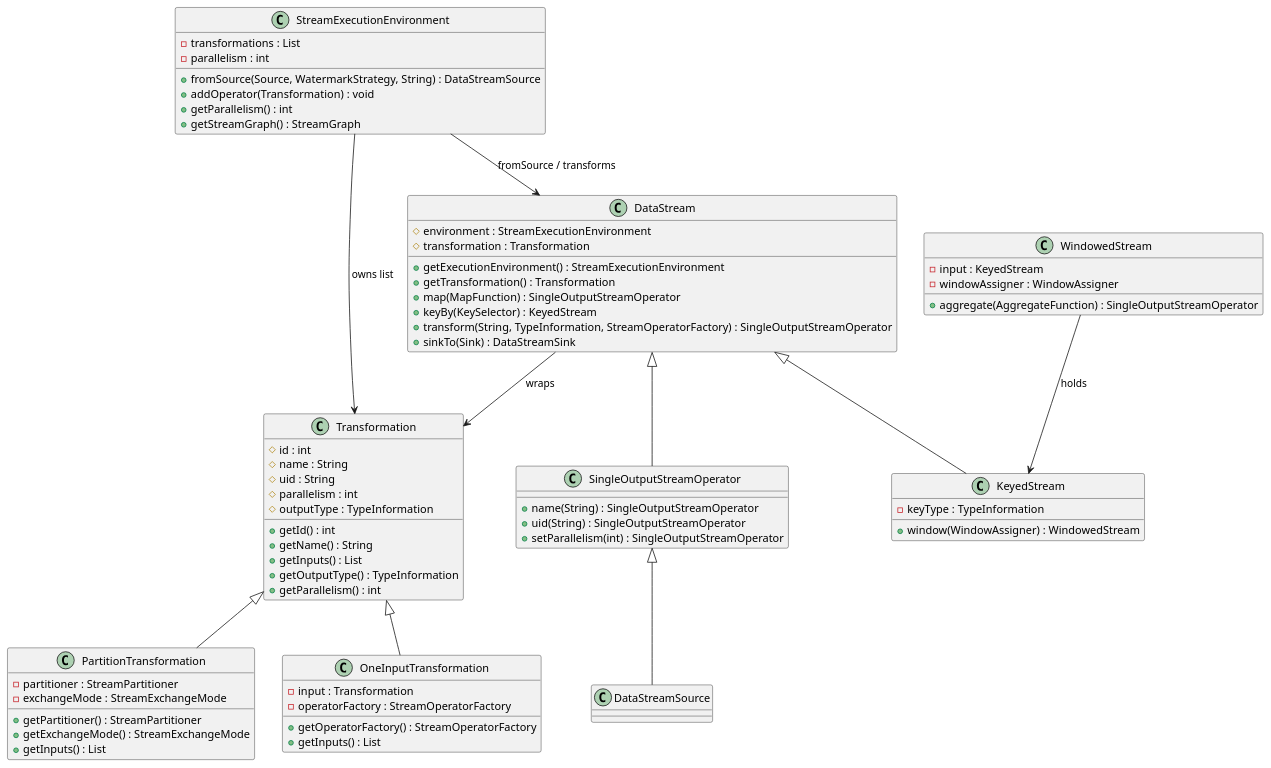
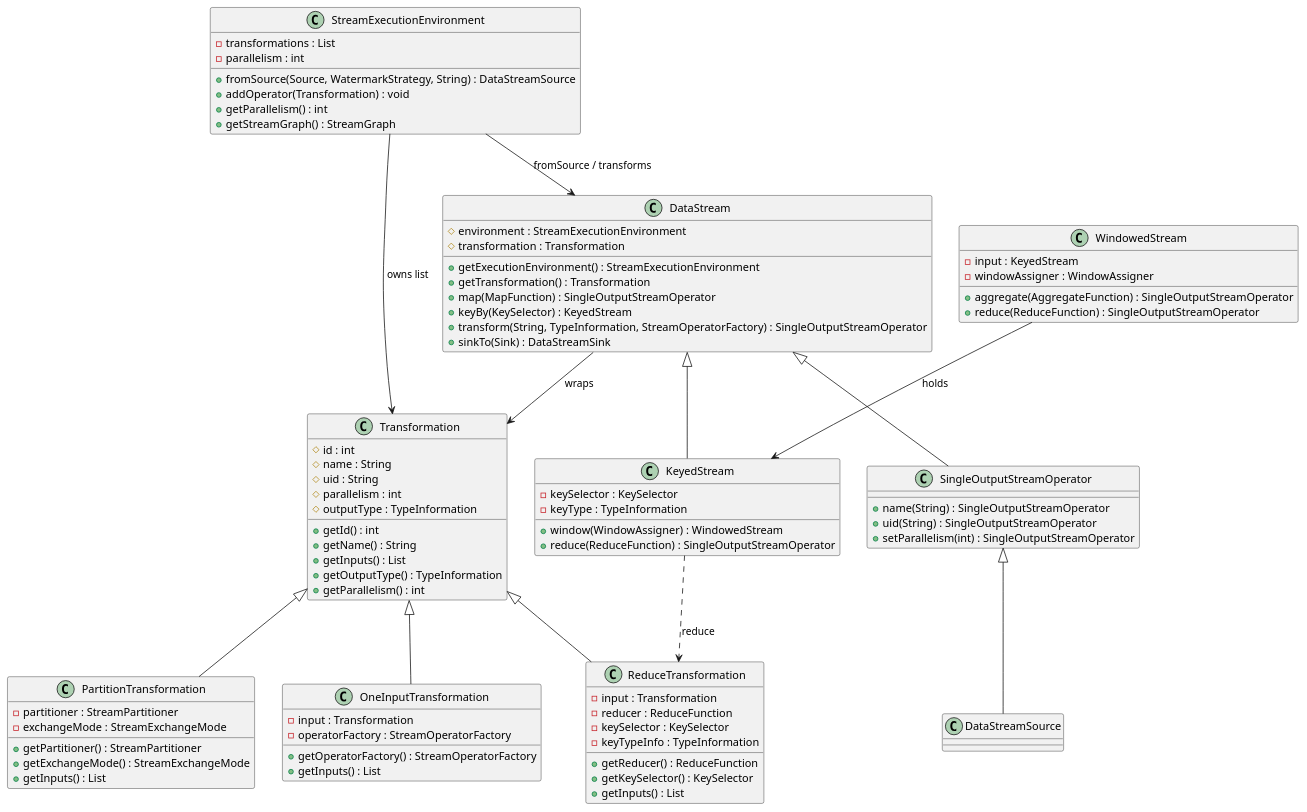
The first of 6 diagrams in content/post/data/stream/flink/index.md (kevinwang930/kevinwang930.github.io), drawn with PlantUML before and after one commit. The commit also changed other lines of this file, not shown here.

````diff
--- a/content/post/data/stream/flink/index.md
+++ b/content/post/data/stream/flink/index.md
@@ -130,14 +130,17 @@
 class DataStreamSource
 
 class KeyedStream {
+  - keySelector : KeySelector
   - keyType : TypeInformation
   + window(WindowAssigner) : WindowedStream
+  + reduce(ReduceFunction) : SingleOutputStreamOperator
 }
 
 class WindowedStream {
   - input : KeyedStream
   - windowAssigner : WindowAssigner
   + aggregate(AggregateFunction) : SingleOutputStreamOperator
+  + reduce(ReduceFunction) : SingleOutputStreamOperator
 }
 
 class Transformation {
@@ -168,6 +171,16 @@
   + getInputs() : List
 }
 
+class ReduceTransformation {
+  - input : Transformation
+  - reducer : ReduceFunction
+  - keySelector : KeySelector
+  - keyTypeInfo : TypeInformation
+  + getReducer() : ReduceFunction
+  + getKeySelector() : KeySelector
+  + getInputs() : List
+}
+
 DataStream <|-- SingleOutputStreamOperator
 DataStream <|-- KeyedStream
 SingleOutputStreamOperator <|-- DataStreamSource
@@ -179,5 +192,7 @@
 DataStream --> Transformation : wraps
 Transformation <|-- OneInputTransformation
 Transformation <|-- PartitionTransformation
+Transformation <|-- ReduceTransformation
+KeyedStream ..> ReduceTransformation : reduce
 @enduml
 ```
````
